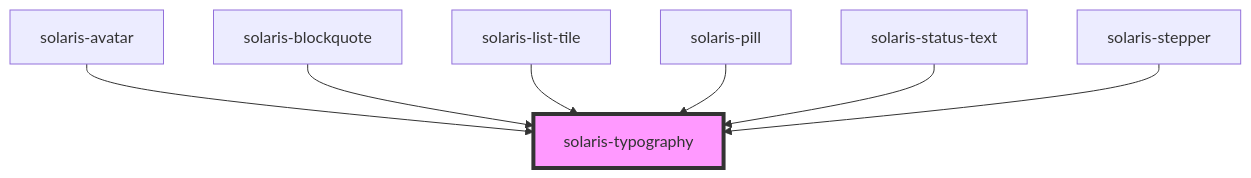
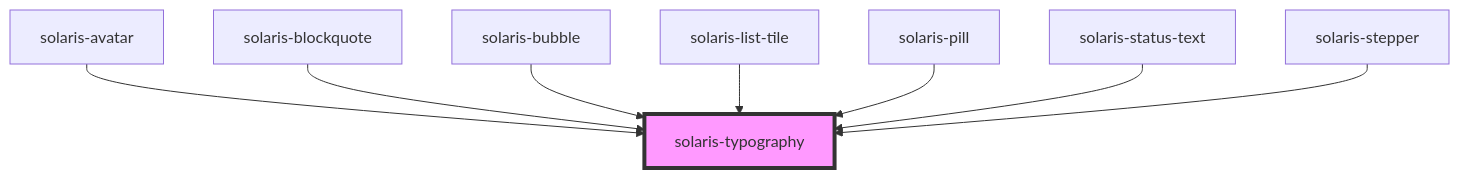
One commit to Lynxgsm/solaris-design-system changed the diagram in packages/solaris-core/src/components/solaris-typography/readme.md. Above: the diagram before and after it, drawn with Mermaid. The commit also changed other lines of this file and 10 other files, not shown here.

````diff
--- a/packages/solaris-core/src/components/solaris-typography/readme.md
+++ b/packages/solaris-core/src/components/solaris-typography/readme.md
@@ -36,10 +37,11 @@
 ```mermaid
 graph TD;
   solaris-avatar --> solaris-typography
   solaris-blockquote --> solaris-typography
+  solaris-bubble --> solaris-typography
   solaris-list-tile --> solaris-typography
   solaris-pill --> solaris-typography
   solaris-status-text --> solaris-typography
   solaris-stepper --> solaris-typography
   style solaris-typography fill:#f9f,stroke:#333,stroke-width:4px
 ```
````
